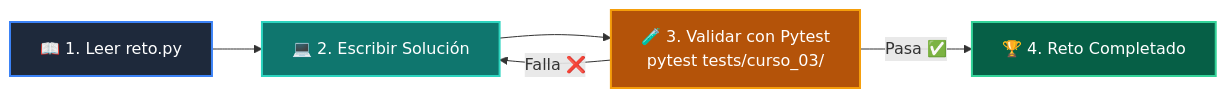
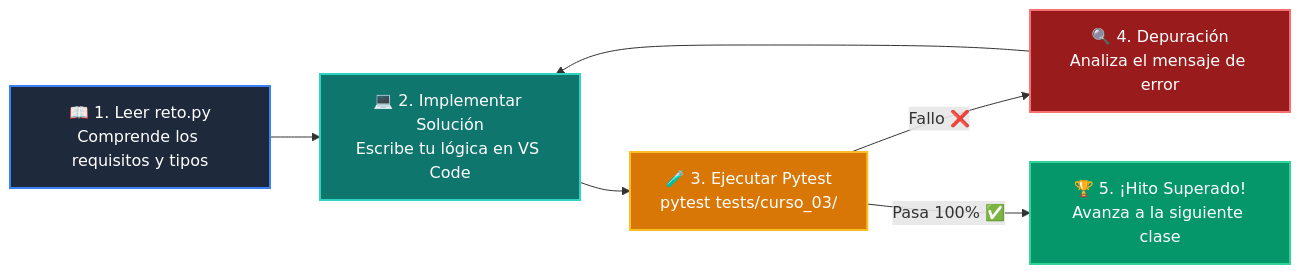
One commit to wisrovi/wisrovi-python changed the diagram in 03-agentes-ia/clase-01-fundamentos-llm-tokenizacion/ejercicios/README.md. Above: the diagram before and after it, drawn with Mermaid. The commit also changed other lines of this file and 226 other files, not shown here.

Commit message:
docs: elevate all repository READMEs to world-class mastery standard with rich pedagogical architecture, custom Mermaids, and professional styling

````diff
--- a/03-agentes-ia/clase-01-fundamentos-llm-tokenizacion/ejercicios/README.md
+++ b/03-agentes-ia/clase-01-fundamentos-llm-tokenizacion/ejercicios/README.md
@@ -15,12 +20,14 @@
 ```mermaid
 flowchart LR
-    A["📖 1. Leer reto.py"] --> B["💻 2. Escribir Solución"]
-    B --> C["🧪 3. Validar con Pytest<br/>pytest tests/curso_03/"]
-    C -->|Falla ❌| B
-    C -->|Pasa ✅| D["🏆 4. Reto Completado"]
+    A["📖 1. Leer reto.py<br/>Comprende los requisitos y tipos"] --> B["💻 2. Implementar Solución<br/>Escribe tu lógica en VS Code"]
+    B --> C["🧪 3. Ejecutar Pytest<br/>pytest tests/curso_03/"]
+    C -->|Fallo ❌| D["🔍 4. Depuración<br/>Analiza el mensaje de error"]
+    D --> B
+    C -->|Pasa 100% ✅| E["🏆 5. ¡Hito Superado!<br/>Avanza a la siguiente clase"]
 
-    style A fill:#1e293b,color:#fff,stroke:#3b82f6,stroke-width:2px
-    style B fill:#0f766e,color:#fff,stroke:#2dd4bf,stroke-width:2px
-    style C fill:#b45309,color:#fff,stroke:#f59e0b,stroke-width:2px
-    style D fill:#065f46,color:#fff,stroke:#34d399,stroke-width:2px
+    style A fill:#1e293b,color:#ffffff,stroke:#3b82f6,stroke-width:2px
+    style B fill:#0f766e,color:#ffffff,stroke:#2dd4bf,stroke-width:2px
+    style C fill:#d97706,color:#ffffff,stroke:#fbbf24,stroke-width:2px
+    style D fill:#991b1b,color:#ffffff,stroke:#f87171,stroke-width:2px
+    style E fill:#059669,color:#ffffff,stroke:#34d399,stroke-width:2px
 ```
````
